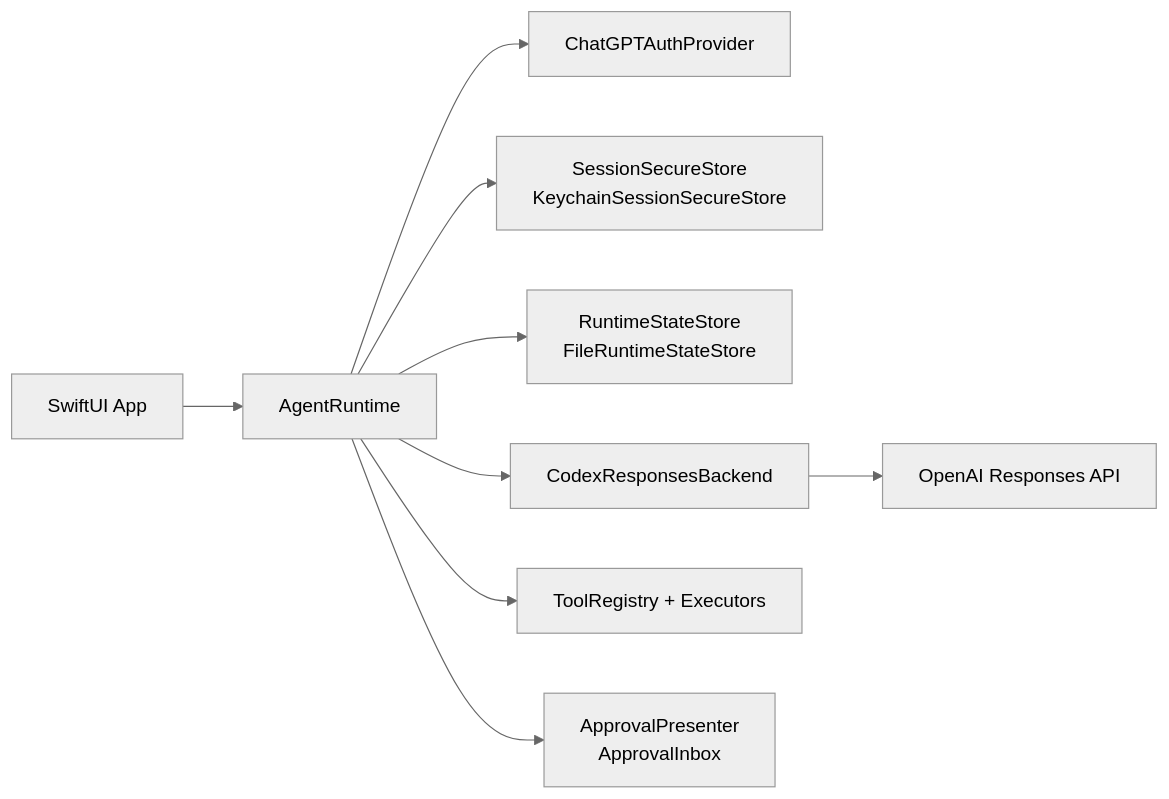
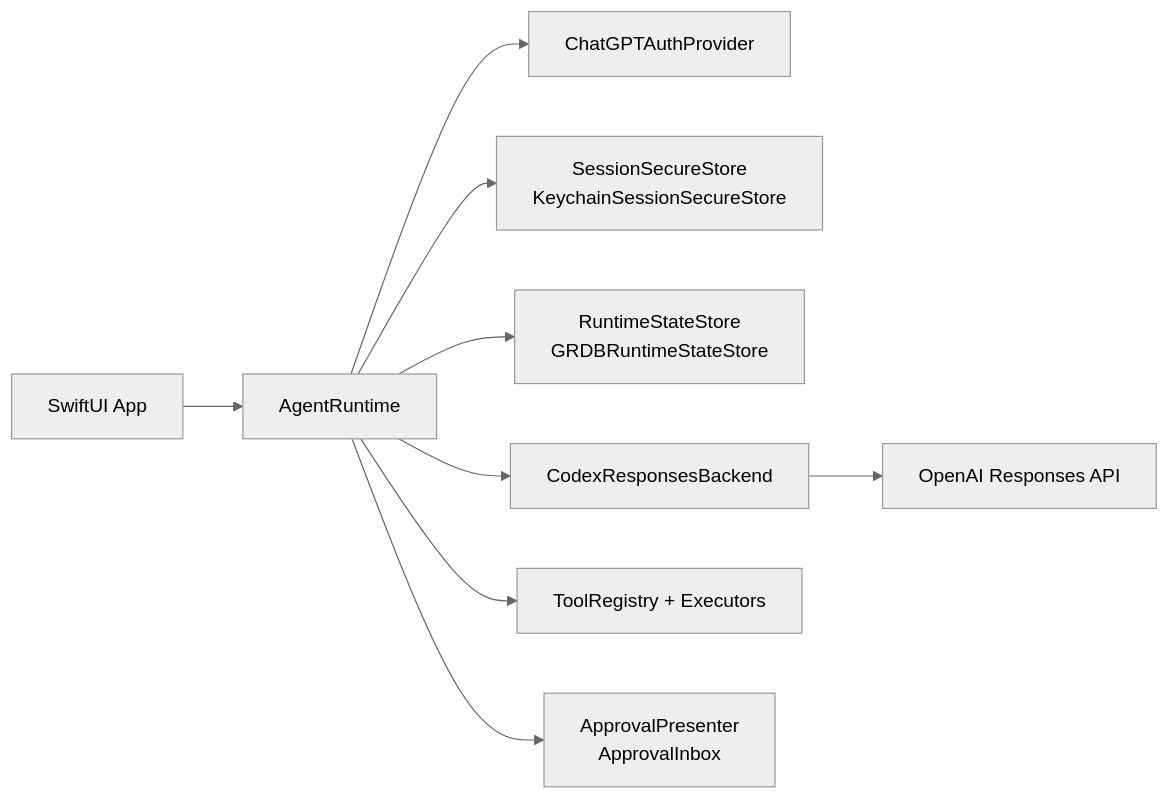
The diagram in README.md (timazed/CodexKit), drawn with Mermaid (neutral theme) before and after one commit. The commit also changed other lines of this file and 18 other files, not shown here.

Commit message:
Add queryable runtime persistence with GRDB store

````diff
--- a/README.md
+++ b/README.md
@@ -138,11 +138,11 @@
 ```mermaid
 flowchart LR
     A["SwiftUI App"] --> B["AgentRuntime"]
     B --> C["ChatGPTAuthProvider"]
     B --> D["SessionSecureStore<br/>KeychainSessionSecureStore"]
-    B --> E["RuntimeStateStore<br/>FileRuntimeStateStore"]
+    B --> E["RuntimeStateStore<br/>GRDBRuntimeStateStore"]
     B --> F["CodexResponsesBackend"]
     B --> G["ToolRegistry + Executors"]
     B --> H["ApprovalPresenter<br/>ApprovalInbox"]
     F --> I["OpenAI Responses API"]
 ```
````
